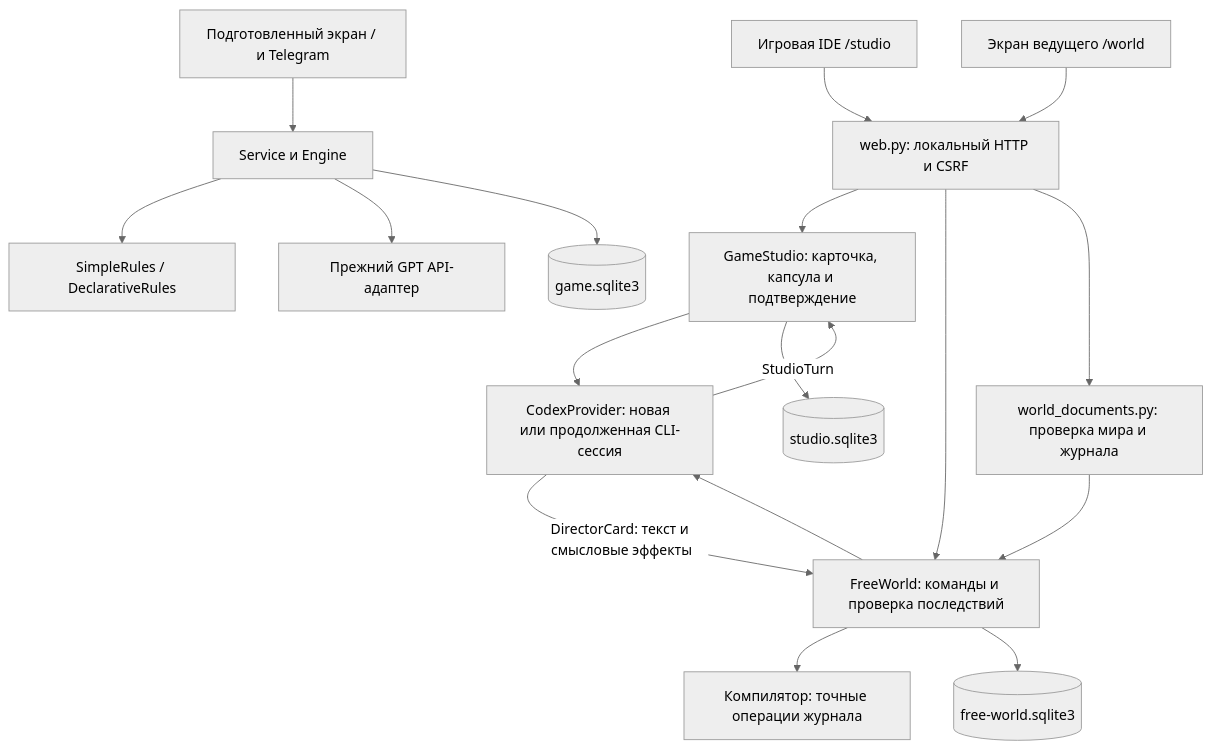
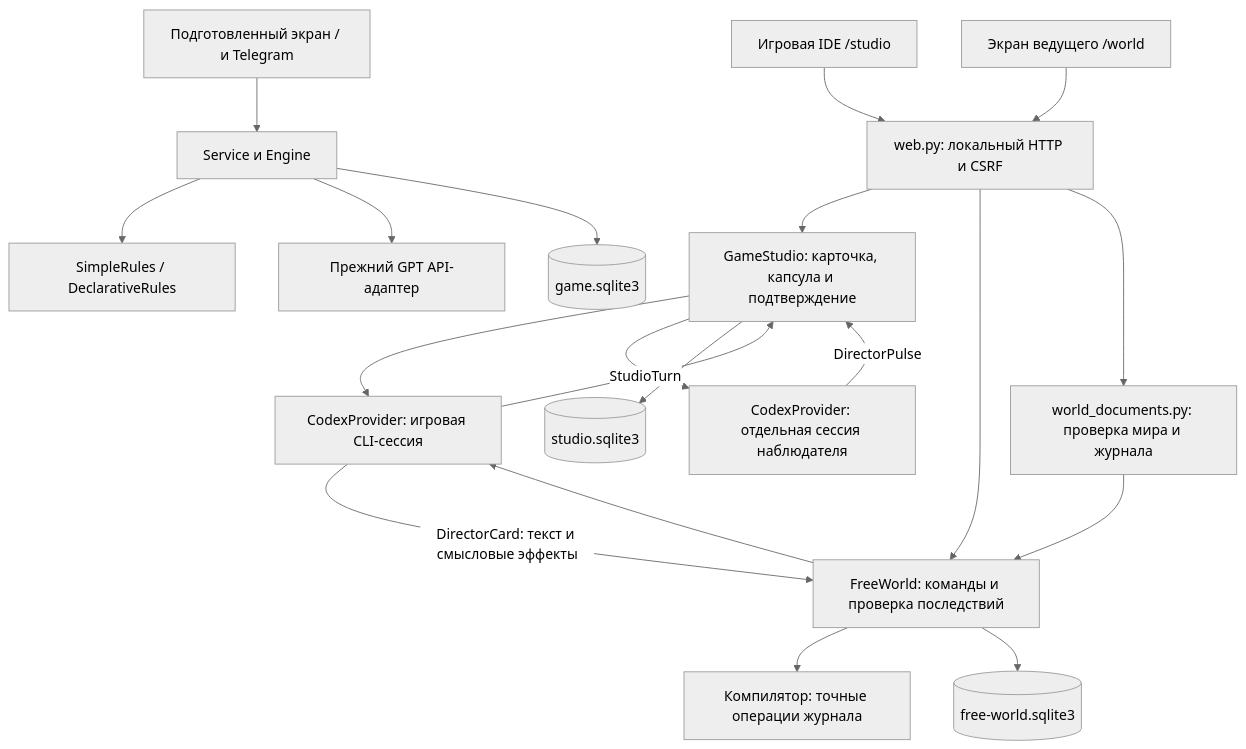
Before and after one commit to Maxveger/DnD_helper: the diagram in docs/ARCHITECTURE.md, drawn with Mermaid (neutral theme). The commit also changed other lines of this file and 14 other files, not shown here.

````diff
--- a/docs/ARCHITECTURE.md
+++ b/docs/ARCHITECTURE.md
@@ -19,20 +19,22 @@
 ```mermaid
 flowchart TD
     I[Игровая IDE /studio] --> H[web.py: локальный HTTP и CSRF]
     W[Экран ведущего /world] --> H[web.py: локальный HTTP и CSRF]
     H --> G[GameStudio: карточка, капсула и подтверждение]
     H --> F[FreeWorld: команды и проверка последствий]
-    G --> C[CodexProvider: новая или продолженная CLI-сессия]
+    G --> C[CodexProvider: игровая CLI-сессия]
+    G --> Q[CodexProvider: отдельная сессия наблюдателя]
     F --> C
     C -->|StudioTurn| G
+    Q -->|DirectorPulse| G
     C -->|DirectorCard: текст и смысловые эффекты| F
     G --> E[(studio.sqlite3)]
     F --> K[Компилятор: точные операции журнала]
     F --> D[(free-world.sqlite3)]
     H --> A[world_documents.py: проверка мира и журнала]
     A --> F
     O[Подготовленный экран / и Telegram] --> S[Service и Engine]
     S --> R[SimpleRules / DeclarativeRules]
     S --> P[Прежний GPT API-адаптер]
     S --> L[(game.sqlite3)]
 ```
````
